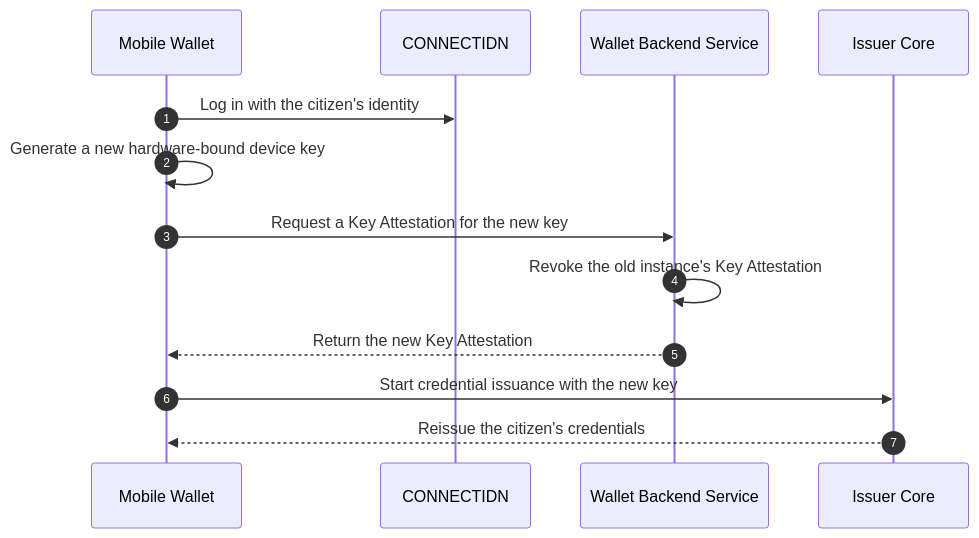
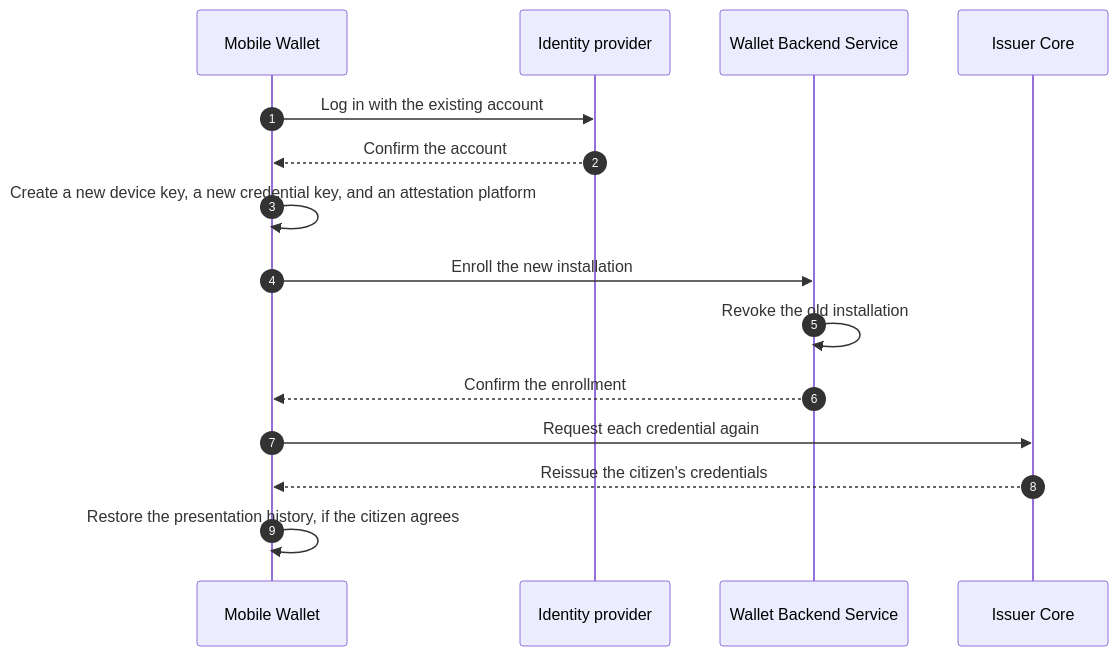
Before and after one commit to id-verifiable-credential-dev/id-doc-idctf: diagram 12 of 14 in docs/architecture-framework/high-level-architecture/flows-per-use-case.md, drawn with Mermaid. The commit also changed other lines of this file and 87 other files, not shown here.

````diff
--- a/docs/architecture-framework/high-level-architecture/flows-per-use-case.md
+++ b/docs/architecture-framework/high-level-architecture/flows-per-use-case.md
@@ -808,15 +942,17 @@
 ```mermaid
 sequenceDiagram
     autonumber
     participant MW as Mobile Wallet
-    participant IDN as CONNECTIDN
+    participant IDP as Identity provider
     participant WBS as Wallet Backend Service
     participant IC as Issuer Core
-    MW->>IDN: Log in with the citizen's identity
-    MW->>MW: Generate a new hardware-bound device key
-    MW->>WBS: Request a Key Attestation for the new key
-    WBS->>WBS: Revoke the old instance's Key Attestation
-    WBS-->>MW: Return the new Key Attestation
-    MW->>IC: Start credential issuance with the new key
+    MW->>IDP: Log in with the existing account
+    IDP-->>MW: Confirm the account
+    MW->>MW: Create a new device key, a new credential key, and an attestation platform
+    MW->>WBS: Enroll the new installation
+    WBS->>WBS: Revoke the old installation
+    WBS-->>MW: Confirm the enrollment
+    MW->>IC: Request each credential again
     IC-->>MW: Reissue the citizen's credentials
+    MW->>MW: Restore the presentation history, if the citizen agrees
 ```
````
